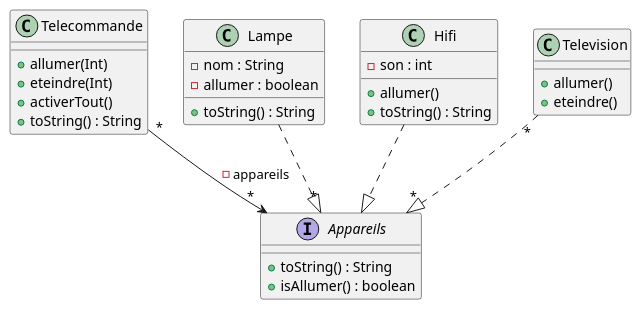
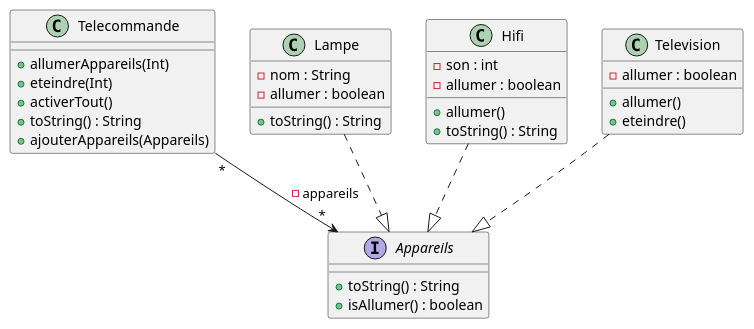
The diagram in images/Q8.puml (Antonin10800/2022_coo_domotique_Robert_Akir_Ayred), drawn with PlantUML before and after one commit. The commit also changed 1 other file, not shown here.

```diff
--- a/images/Q8.puml
+++ b/images/Q8.puml
@@ -1,42 +1,43 @@
 @startuml
 'https://plantuml.com/sequence-diagram
 
 
 class Telecommande{
 
 
-   + allumer(Int)
+   + allumerAppareils(Int)
    + eteindre(Int)
    + activerTout()
    + toString() : String
+   + ajouterAppareils(Appareils)
 }
 class (Lampe){
 - nom : String
 - allumer : boolean
-
 + toString() : String
 
 }
 class Hifi{
 - son : int
+-allumer : boolean
 + allumer()
 + toString() : String
 }
 
 class Television{
-
+-allumer : boolean
 +allumer()
 +eteindre()
 }
 
 interface Appareils{
 
 + toString() : String
 + isAllumer() : boolean
 }
 
 Hifi ..|> Appareils
-Lampe ..|>"*" Appareils
-Television "*"..|>"*" Appareils
+Lampe ..|> Appareils
+Television ..|> Appareils
 Telecommande "*" --> "*"  Appareils : - appareils
 @enduml
```
